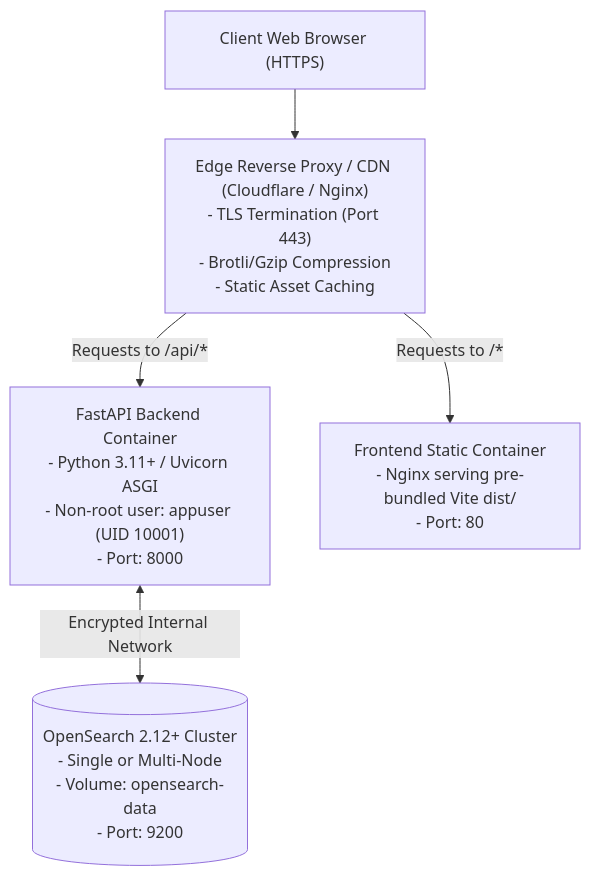
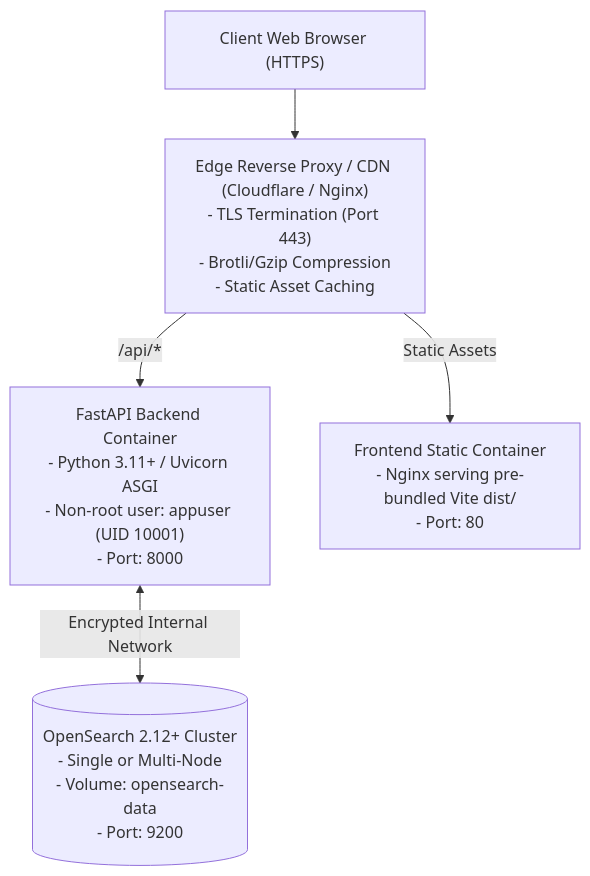
One commit to SaitejaKommi/OpenFoodFacts-SDE-Internship-Final-Report changed the diagram in docs/deployment.md. Above: the diagram before and after it, drawn with Mermaid. The commit also changed 3 other files, not shown here.

Commit message:
fix(docs): fix Mermaid diagram syntax for GitHub rendering

````diff
--- a/docs/deployment.md
+++ b/docs/deployment.md
@@ -23,10 +23,10 @@
 ```mermaid
 flowchart TD
     Client["Client Web Browser (HTTPS)"] --> Edge["Edge Reverse Proxy / CDN (Cloudflare / Nginx)<br/>- TLS Termination (Port 443)<br/>- Brotli/Gzip Compression<br/>- Static Asset Caching"]
     
-    Edge -->|Requests to /api/*| Backend_Container["FastAPI Backend Container<br/>- Python 3.11+ / Uvicorn ASGI<br/>- Non-root user: appuser (UID 10001)<br/>- Port: 8000"]
+    Edge -->|"/api/*"| Backend_Container["FastAPI Backend Container<br/>- Python 3.11+ / Uvicorn ASGI<br/>- Non-root user: appuser (UID 10001)<br/>- Port: 8000"]
     
-    Edge -->|Requests to /*| Frontend_Container["Frontend Static Container<br/>- Nginx serving pre-bundled Vite dist/<br/>- Port: 80"]
+    Edge -->|"Static Assets"| Frontend_Container["Frontend Static Container<br/>- Nginx serving pre-bundled Vite dist/<br/>- Port: 80"]
     
-    Backend_Container <-->|Encrypted Internal Network| OS_Cluster[("OpenSearch 2.12+ Cluster<br/>- Single or Multi-Node<br/>- Volume: opensearch-data<br/>- Port: 9200")]
+    Backend_Container <-- "Encrypted Internal Network" --> OS_Cluster[("OpenSearch 2.12+ Cluster<br/>- Single or Multi-Node<br/>- Volume: opensearch-data<br/>- Port: 9200")]
 ```
````
